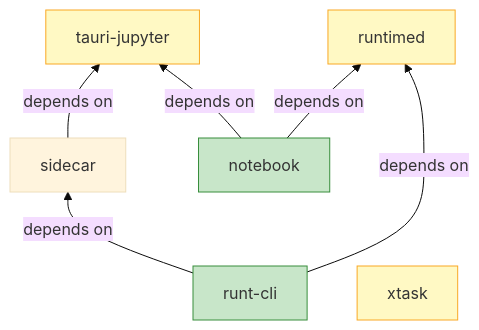
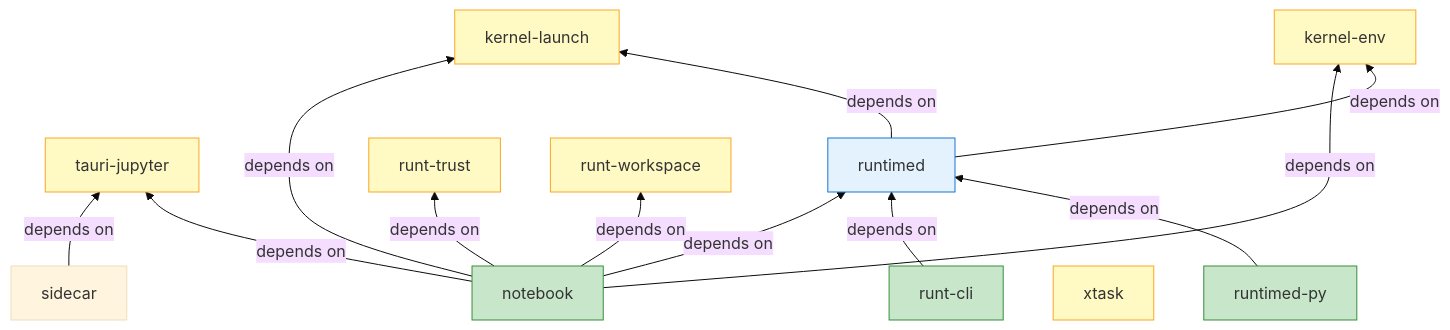
The third of 3 diagrams in contributing/build-dependencies.md (nteract/desktop), drawn with Mermaid (base theme) before and after one commit. The commit also changed 7 other files, not shown here.

````diff
--- a/contributing/build-dependencies.md
+++ b/contributing/build-dependencies.md
@@ -92,22 +92,35 @@
 ```mermaid
 graph BT
     TJ["tauri-jupyter"]
     RD["runtimed"]
     SC["sidecar"]
     RC["runt-cli"]
     NB["notebook"]
     XT["xtask"]
+    KL["kernel-launch"]
+    KE["kernel-env"]
+    RT["runt-trust"]
+    RW["runt-workspace"]
+    RDPY["runtimed-py"]
 
     SC -->|"depends on"| TJ
     NB -->|"depends on"| TJ
     NB -->|"depends on"| RD
-    RC -->|"depends on"| SC
+    NB -->|"depends on"| KL
+    NB -->|"depends on"| KE
+    NB -->|"depends on"| RT
+    NB -->|"depends on"| RW
     RC -->|"depends on"| RD
+    RD -->|"depends on"| KL
+    RD -->|"depends on"| KE
+    RDPY -->|"depends on"| RD
 
     classDef standalone fill:#fff9c4,stroke:#f9a825
     classDef leaf fill:#c8e6c9,stroke:#388e3c
+    classDef shared fill:#e3f2fd,stroke:#1976d2
 
-    class TJ,RD standalone
+    class TJ,KL,KE,RT,RW standalone
     class XT standalone
-    class NB,RC leaf
+    class NB,RC,RDPY leaf
+    class RD shared
 ```
````
